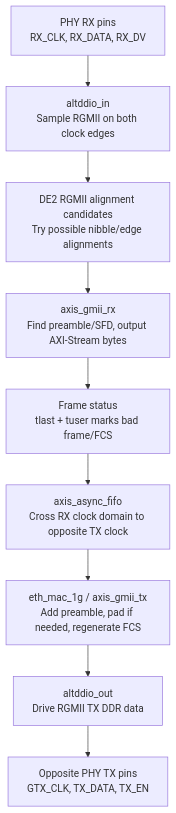
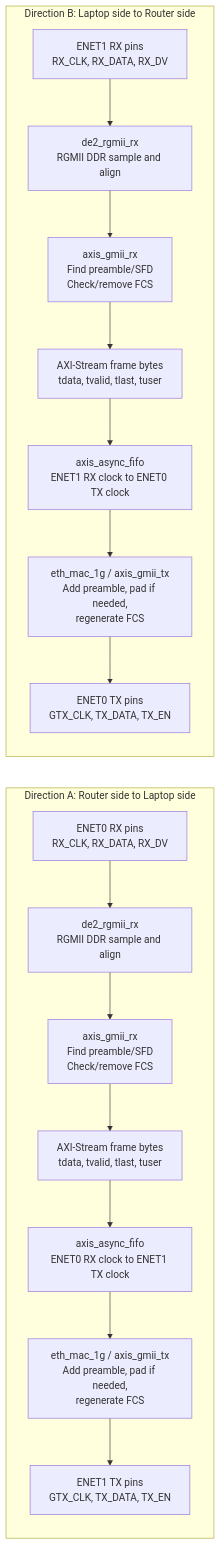
Before and after one commit to TheMohammadKhalil/fpga-based-network-firewall: the third of 5 diagrams in docs/code_flowchart.md, drawn with Mermaid. The commit also changed other lines of this file and 4 other files, not shown here.

Commit message:
flowchart edits

````diff
--- a/docs/code_flowchart.md
+++ b/docs/code_flowchart.md
@@ -73,14 +82,26 @@
 ```mermaid
-flowchart TD
-    PHYRX[PHY RX pins<br/>RX_CLK, RX_DATA, RX_DV]
-    DDR[altddio_in<br/>Sample RGMII on both clock edges]
-    ALIGN[DE2 RGMII alignment candidates<br/>Try possible nibble/edge alignments]
-    GMII[axis_gmii_rx<br/>Find preamble/SFD, output AXI-Stream bytes]
-    FCS[Frame status<br/>tlast + tuser marks bad frame/FCS]
-    FIFO[axis_async_fifo<br/>Cross RX clock domain to opposite TX clock]
-    TXMAC[eth_mac_1g / axis_gmii_tx<br/>Add preamble, pad if needed, regenerate FCS]
-    DDRTX[altddio_out<br/>Drive RGMII TX DDR data]
-    PHYTX[Opposite PHY TX pins<br/>GTX_CLK, TX_DATA, TX_EN]
+flowchart LR
+    subgraph DIR01["Direction A: Router side to Laptop side"]
+        P0RX[ENET0 RX pins<br/>RX_CLK, RX_DATA, RX_DV]
+        D0[de2_rgmii_rx<br/>RGMII DDR sample and align]
+        G0[axis_gmii_rx<br/>Find preamble/SFD<br/>Check/remove FCS]
+        S0[AXI-Stream frame bytes<br/>tdata, tvalid, tlast, tuser]
+        F01[axis_async_fifo<br/>ENET0 RX clock to ENET1 TX clock]
+        T1[eth_mac_1g / axis_gmii_tx<br/>Add preamble, pad if needed,<br/>regenerate FCS]
+        P1TX[ENET1 TX pins<br/>GTX_CLK, TX_DATA, TX_EN]
 
-    PHYRX --> DDR --> ALIGN --> GMII --> FCS --> FIFO --> TXMAC --> DDRTX --> PHYTX
+        P0RX --> D0 --> G0 --> S0 --> F01 --> T1 --> P1TX
+    end
+
+    subgraph DIR10["Direction B: Laptop side to Router side"]
+        P1RX[ENET1 RX pins<br/>RX_CLK, RX_DATA, RX_DV]
+        D1[de2_rgmii_rx<br/>RGMII DDR sample and align]
+        G1[axis_gmii_rx<br/>Find preamble/SFD<br/>Check/remove FCS]
+        S1[AXI-Stream frame bytes<br/>tdata, tvalid, tlast, tuser]
+        F10[axis_async_fifo<br/>ENET1 RX clock to ENET0 TX clock]
+        T0[eth_mac_1g / axis_gmii_tx<br/>Add preamble, pad if needed,<br/>regenerate FCS]
+        P0TX[ENET0 TX pins<br/>GTX_CLK, TX_DATA, TX_EN]
+
+        P1RX --> D1 --> G1 --> S1 --> F10 --> T0 --> P0TX
+    end
 ```
````
